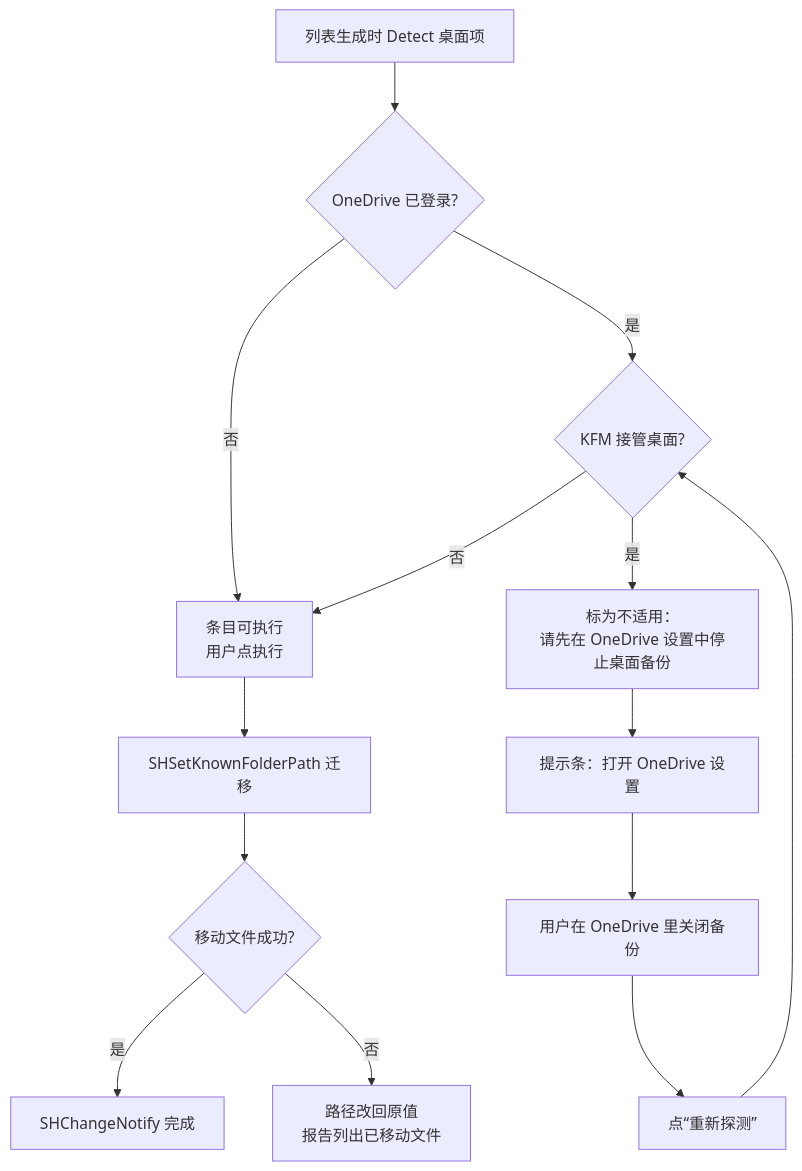
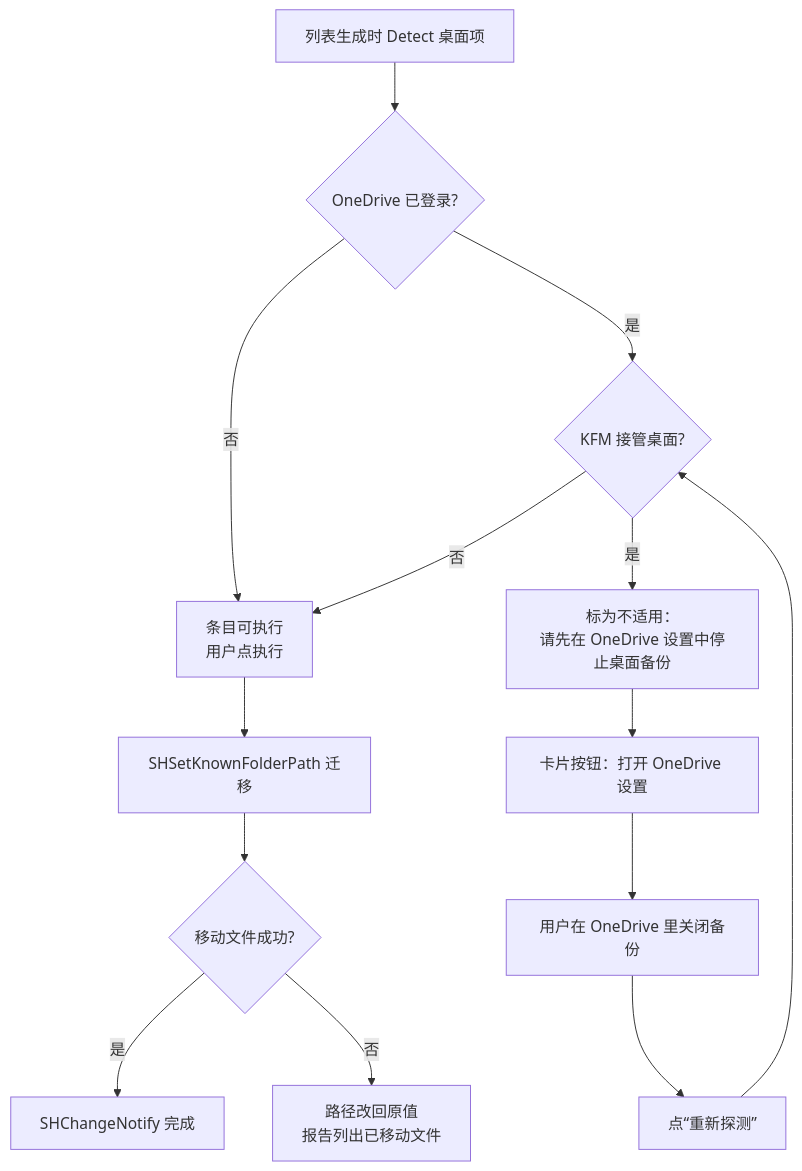
Before and after one commit to CookPiu/WinHomestead: the fourth of 8 diagrams in docs/02-用例与用户流程.md, drawn with Mermaid. The commit also changed other lines of this file and 24 other files, not shown here.

Commit message:
界面按设计走查修正：当前/目标改人话、不适用原因单独一行、OneDrive 按钮移到卡片、首屏落到可执行分类、子页返回只留顶部、C 盘治理复用扫描、主题跟随系统

````diff
--- a/docs/02-用例与用户流程.md
+++ b/docs/02-用例与用户流程.md
@@ -347,14 +349,14 @@
 ```mermaid
 flowchart TD
   A[列表生成时 Detect 桌面项] --> B{OneDrive 已登录?}
   B -- 否 --> E0[条目可执行<br/>用户点执行]
   B -- 是 --> C{KFM 接管桌面?}
   C -- 否 --> E0
   C -- 是 --> D["标为不适用：<br/>请先在 OneDrive 设置中停止桌面备份"]
-  D --> D0[提示条：打开 OneDrive 设置] --> D1[用户在 OneDrive 里关闭备份]
+  D --> D0[卡片按钮：打开 OneDrive 设置] --> D1[用户在 OneDrive 里关闭备份]
   D1 --> D2[点“重新探测”] --> C
   E0 --> E[SHSetKnownFolderPath 迁移]
   E --> G{移动文件成功?}
   G -- 是 --> H[SHChangeNotify 完成]
   G -- 否 --> I[路径改回原值<br/>报告列出已移动文件]
 ```
````
